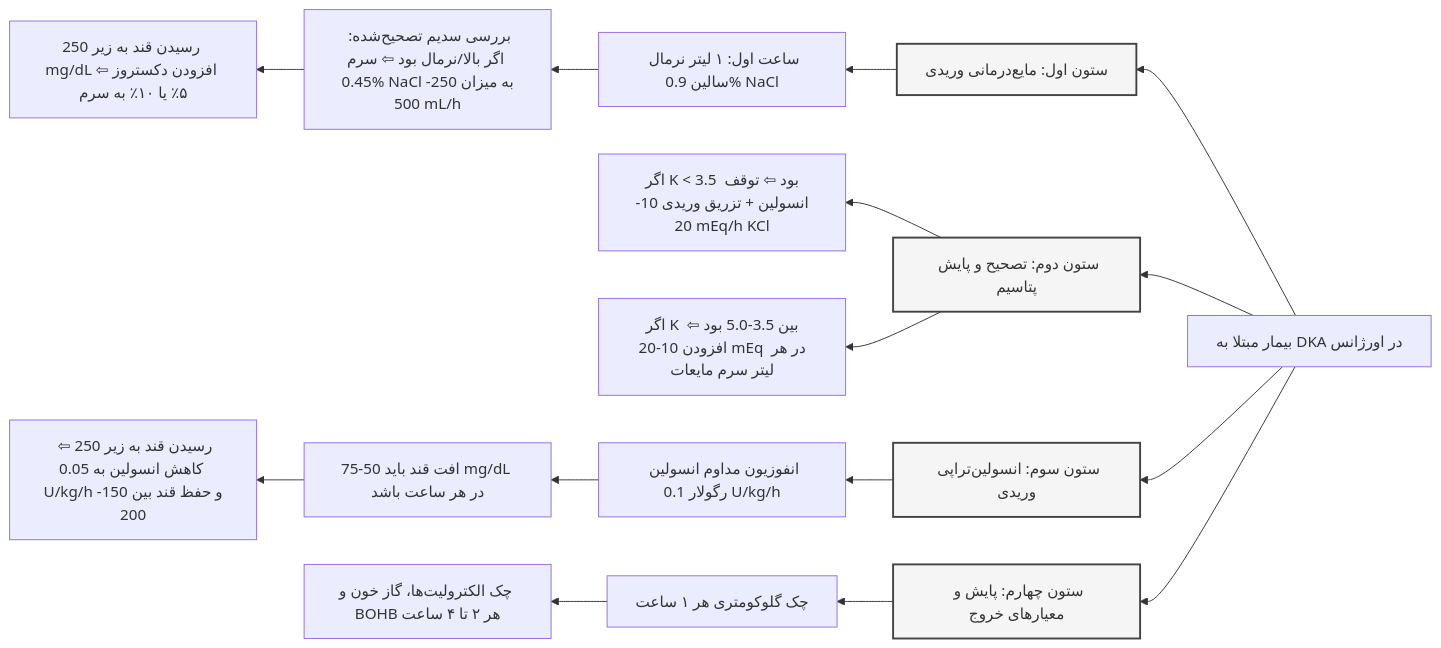
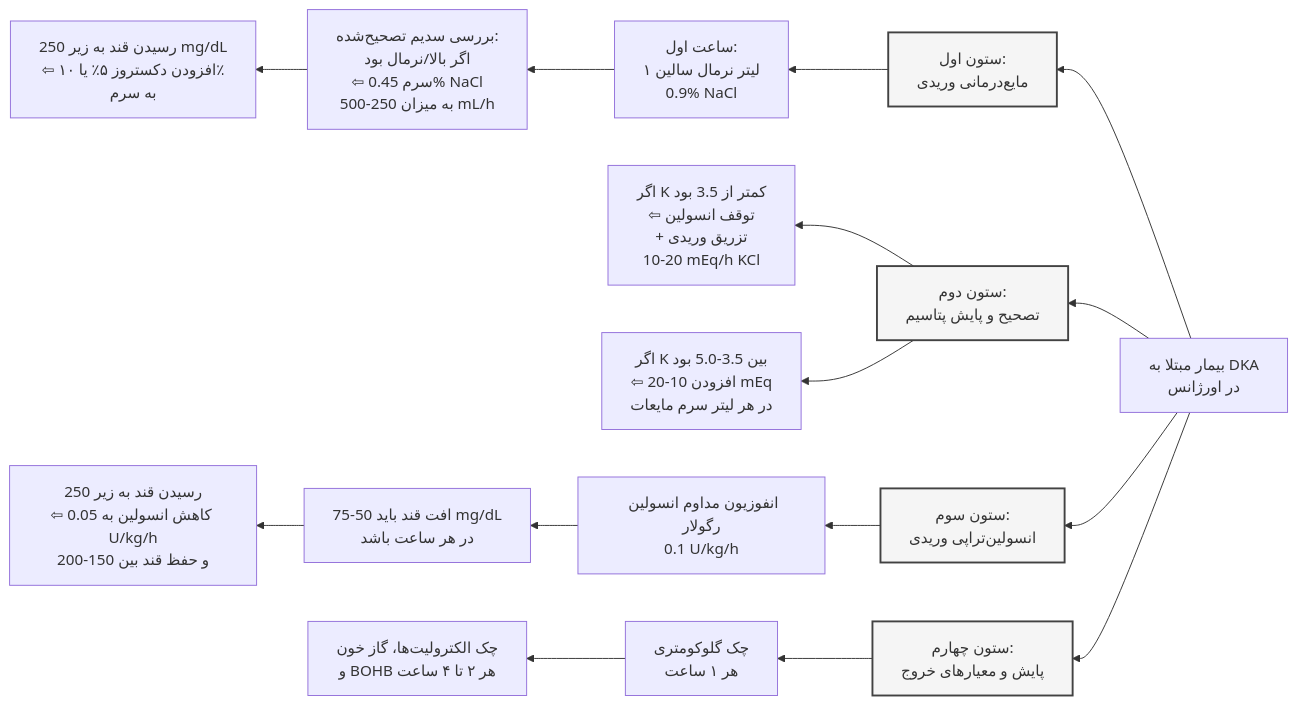
The sixth of 6 diagrams in 07/مبانی غدد/مطالعه کیس.md (neopulse-hub/TUMS-1402-1-neo), drawn with Mermaid before and after one commit.

Commit message:
Update مطالعه کیس.md

````diff
--- a/07/مبانی غدد/مطالعه کیس.md
+++ b/07/مبانی غدد/مطالعه کیس.md
@@ -276,23 +276,23 @@
 ```mermaid
 flowchart RL
-    classDef col fill:#f5f5f5,stroke:#424242,stroke-width:2px;
 
-    Entry[بیمار مبتلا به DKA در اورژانس] --> P1[ستون اول: مایع‌درمانی وریدی]:::col
-    Entry --> P2[ستون دوم: تصحیح و پایش پتاسیم]:::col
-    Entry --> P3[ستون سوم: انسولین‌تراپی وریدی]:::col
-    Entry --> P4[ستون چهارم: پایش و معیارهای خروج]:::col
+classDef col fill:#f5f5f5,stroke:#424242,stroke-width:2px;
+Entry[بیمار مبتلا به DKA<br>در اورژانس] --> P1[ستون اول:<br>مایع‌درمانی وریدی]:::col
+Entry --> P2[ستون دوم:<br>تصحیح و پایش پتاسیم]:::col
+Entry --> P3[ستون سوم:<br>انسولین‌تراپی وریدی]:::col
+Entry --> P4[ستون چهارم:<br>پایش و معیارهای خروج]:::col
 
-    P1 --> F1[ساعت اول: ۱ لیتر نرمال سالین 0.9% NaCl]
-    F1 --> F2[بررسی سدیم تصحیح‌شده: اگر بالا/نرمال بود ⇦ سرم 0.45% NaCl به میزان 250-500 mL/h]
-    F2 --> F3[رسیدن قند به زیر 250 mg/dL ⇦ افزودن دکستروز ۵٪ یا ۱۰٪ به سرم]
+P1 --> F1[ساعت اول:<br>۱ لیتر نرمال سالین<br>0.9% NaCl]
+F1 --> F2[بررسی سدیم تصحیح‌شده:<br>اگر بالا/نرمال بود<br>⇦ سرم 0.45% NaCl<br>به میزان 250-500 mL/h]
+F2 --> F3[رسیدن قند به زیر 250 mg/dL<br>⇦ افزودن دکستروز ۵٪ یا ۱۰٪<br>به سرم]
 
-    P2 --> K1[اگر K < 3.5 بود ⇦ توقف انسولین + تزریق وریدی 10-20 mEq/h KCl]
-    P2 --> K2[اگر K بین 3.5-5.0 بود ⇦ افزودن 10-20 mEq در هر لیتر سرم مایعات]
+P2 --> K1[اگر K کمتر از 3.5 بود<br>⇦ توقف انسولین<br>+ تزریق وریدی<br>10-20 mEq/h KCl]
+P2 --> K2[اگر K بین 3.5-5.0 بود<br>⇦ افزودن 10-20 mEq<br>در هر لیتر سرم مایعات]
 
-    P3 --> I1[انفوزیون مداوم انسولین رگولار 0.1 U/kg/h]
-    I1 --> I2[افت قند باید 50-75 mg/dL در هر ساعت باشد]
-    I2 --> I3[رسیدن قند به زیر 250 ⇦ کاهش انسولین به 0.05 U/kg/h و حفظ قند بین 150-200]
+P3 --> I1[انفوزیون مداوم انسولین رگولار<br>0.1 U/kg/h]
+I1 --> I2[افت قند باید 50-75 mg/dL<br>در هر ساعت باشد]
+I2 --> I3[رسیدن قند به زیر 250<br>⇦ کاهش انسولین به 0.05 U/kg/h<br>و حفظ قند بین 150-200]
 
-    P4 --> M1[چک گلوکومتری هر ۱ ساعت]
-    M1 --> M2[چک الکترولیت‌ها، گاز خون و BOHB هر ۲ تا ۴ ساعت]
+P4 --> M1[چک گلوکومتری<br>هر ۱ ساعت]
+M1 --> M2[چک الکترولیت‌ها، گاز خون<br>و BOHB هر ۲ تا ۴ ساعت]
 ```
````
